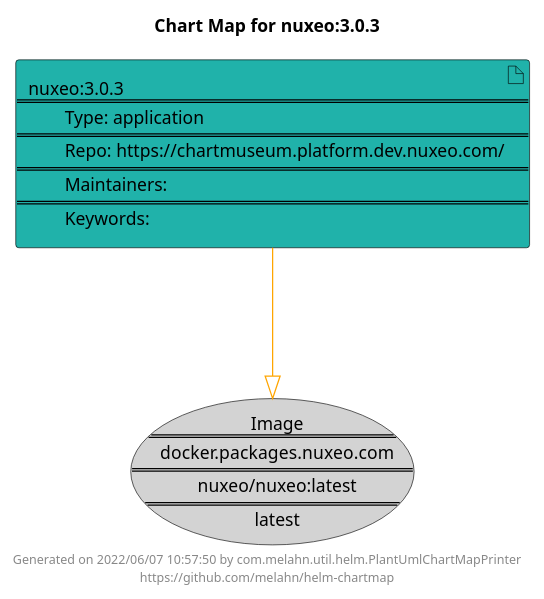
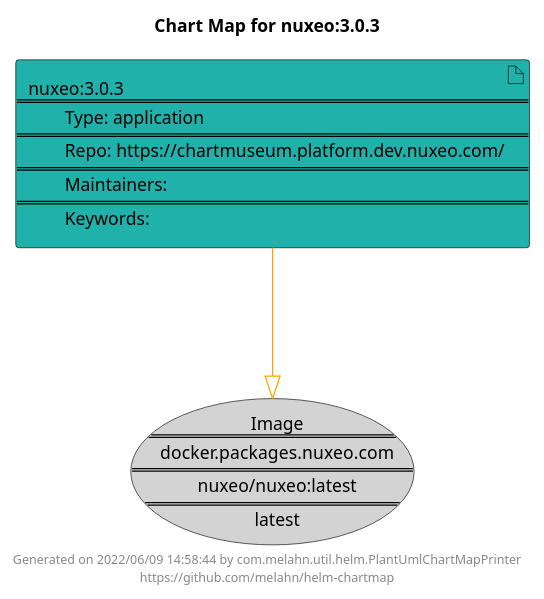
The diagram in docs/nuxeo/nuxeo-3.0.3.puml (melahn/helm-chartmap), drawn with PlantUML before and after one commit. The commit also changed 60 other files, not shown here.

Commit message:
Update Example Chart Maps as part of GitHub build

```diff
--- a/docs/nuxeo/nuxeo-3.0.3.puml
+++ b/docs/nuxeo/nuxeo-3.0.3.puml
@@ -1,21 +1,21 @@
 @startuml
 skinparam linetype ortho
 skinparam backgroundColor white
 skinparam usecaseBorderColor black
 skinparam usecaseArrowColor LightSlateGray
 skinparam artifactBorderColor black
 skinparam artifactArrowColor LightSlateGray
 
 title Chart Map for nuxeo:3.0.3
 
 'There is one referenced Helm Chart
 artifact "nuxeo:3.0.3\n====\n\tType: application\n====\n\tRepo: https://chartmuseum.platform.dev.nuxeo.com/\n====\n\tMaintainers: \n====\n\tKeywords: " as nuxeo_3_0_3 #LightSeaGreen
 
 'There is one referenced Docker Image
 usecase "Image\n====\ndocker.packages.nuxeo.com\n====\nnuxeo/nuxeo:latest\n====\nlatest" as docker_packages_nuxeo_com_nuxeo_nuxeo_latest #LightGray
 
 'Chart Dependencies
 nuxeo_3_0_3--[#orange]-|>docker_packages_nuxeo_com_nuxeo_nuxeo_latest
 
-center footer Generated on 2022/06/07 10:57:50 by com.melahn.util.helm.PlantUmlChartMapPrinter\nhttps://github.com/melahn/helm-chartmap
+center footer Generated on 2022/06/09 14:58:44 by com.melahn.util.helm.PlantUmlChartMapPrinter\nhttps://github.com/melahn/helm-chartmap
 @enduml
```
